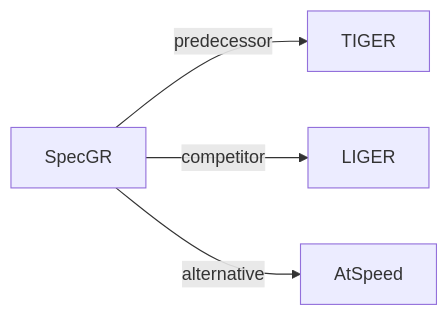
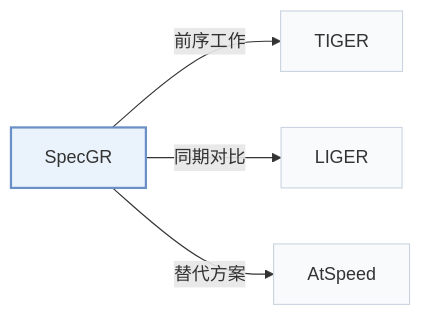
The second of 2 diagrams in pages/zh/papers/specgr.md (Galaxy-ghost/Awesome-SID-Generative-Rec), drawn with Mermaid before and after one commit. The commit also changed other lines of this file and 649 other files, not shown here.

Commit message:
writer-05: also tags and modality index (schema, check, build, visuals); summary field removed; calibration data for 12 papers

````diff
--- a/pages/zh/papers/specgr.md
+++ b/pages/zh/papers/specgr.md
@@ -68,7 +74,11 @@
 ```mermaid
 flowchart LR
     P["SpecGR"]
-    P -->|predecessor| A["TIGER"]
-    P -->|competitor| B["LIGER"]
-    P -->|alternative| C["AtSpeed"]
+    P -->|"前序工作"| A["TIGER"]
+    P -->|"同期对比"| B["LIGER"]
+    P -->|"替代方案"| C["AtSpeed"]
+    classDef main fill:#eaf2fb,stroke:#6b8fc7,stroke-width:2px
+    classDef peer fill:#f8fafc,stroke:#cbd5e1
+    class P main
+    class A,B,C peer
 ```
````
